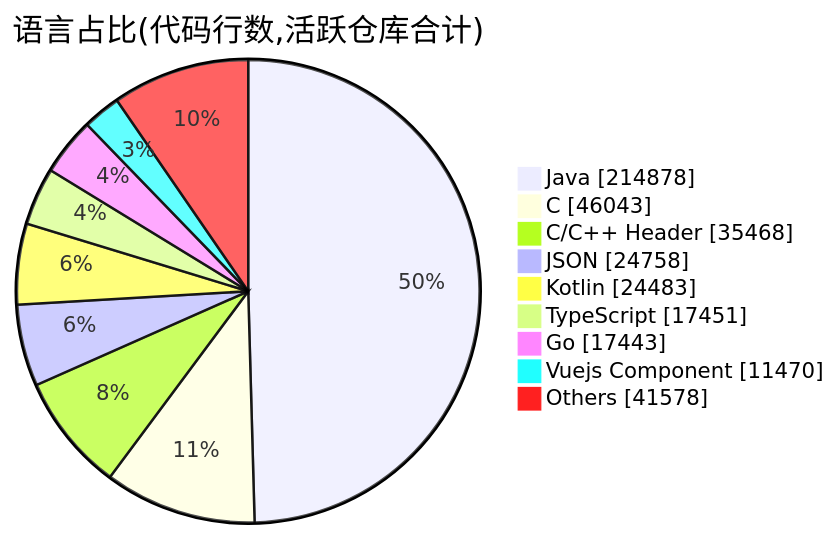
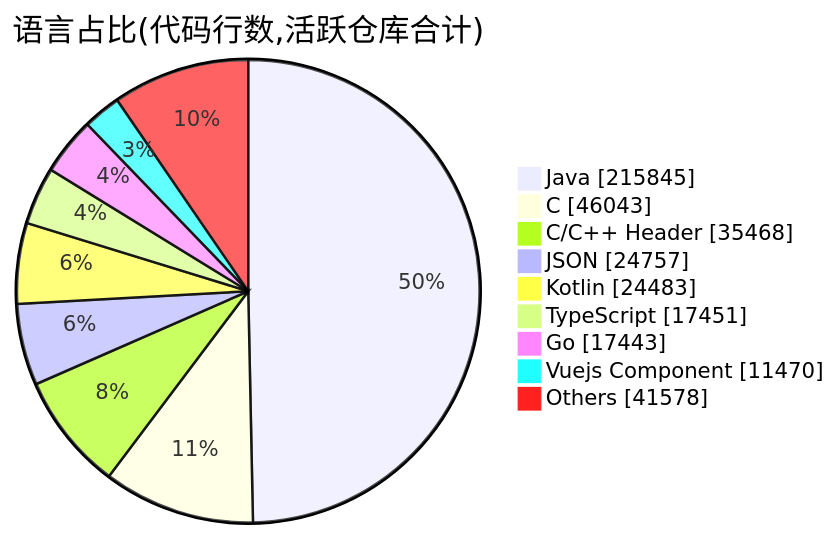
The second of 2 diagrams in profile/README.md (Conflux-Union/.github), drawn with Mermaid before and after one commit. The commit also changed other lines of this file and 1 other file, not shown here.

````diff
--- a/profile/README.md
+++ b/profile/README.md
@@ -82,13 +82,13 @@
 ```mermaid
 pie showData
     title 语言占比(代码行数,活跃仓库合计)
-    "Java" : 214878
+    "Java" : 215845
     "C" : 46043
     "C/C++ Header" : 35468
-    "JSON" : 24758
+    "JSON" : 24757
     "Kotlin" : 24483
     "TypeScript" : 17451
     "Go" : 17443
     "Vuejs Component" : 11470
     "Others" : 41578
 ```
````
